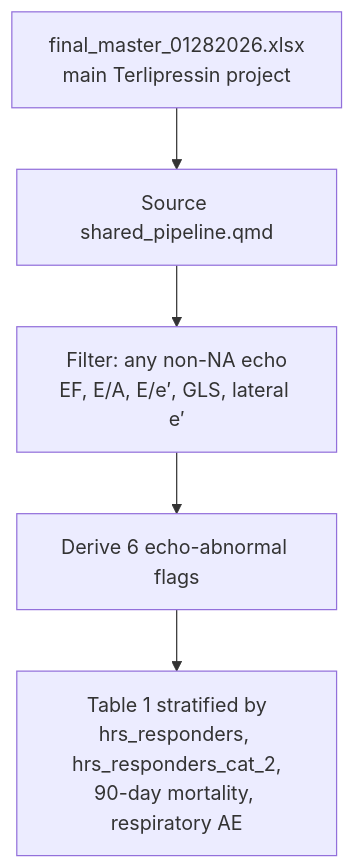
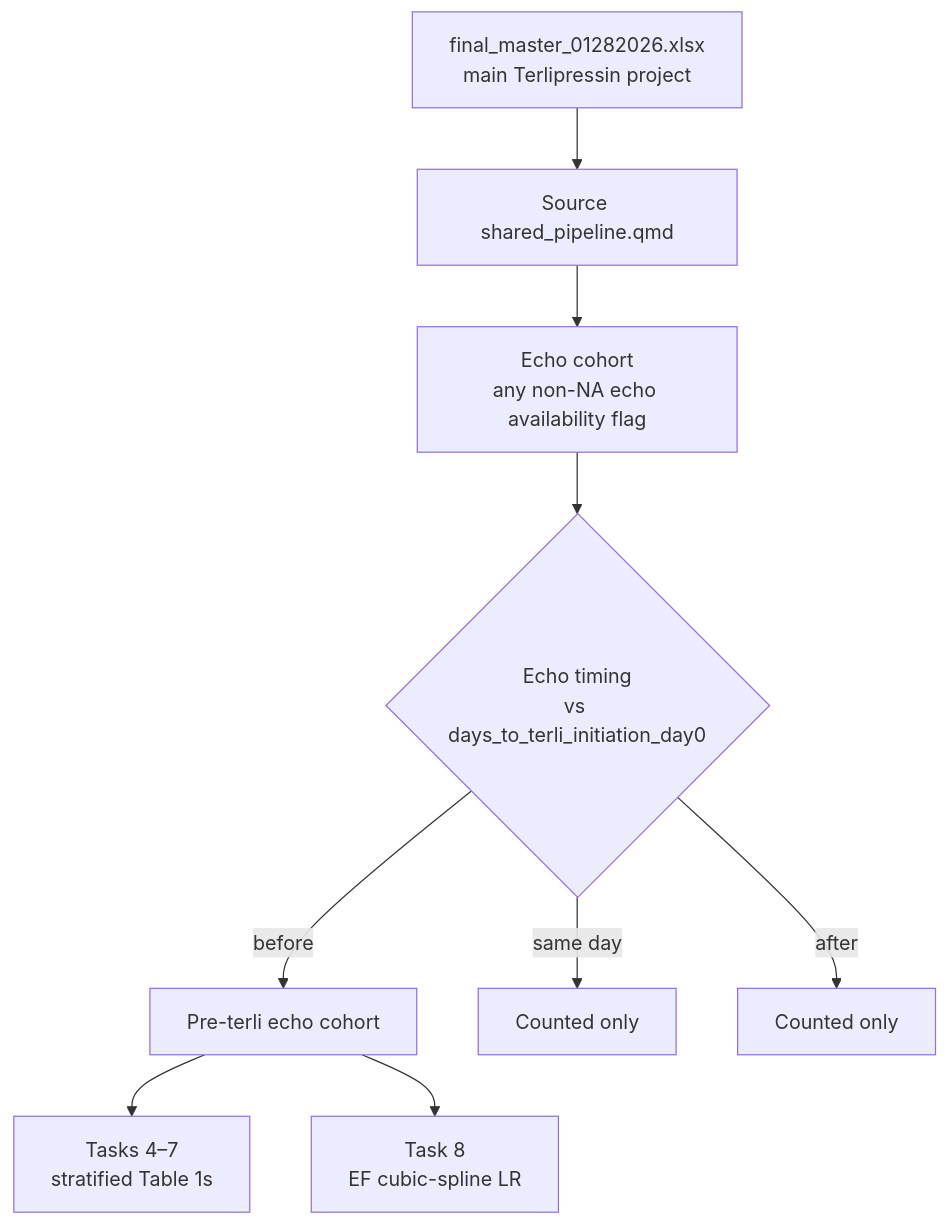
Before and after one commit to Tianqi-Ouyang/Terli-Cardio: the diagram in docs/index.qmd, drawn with Mermaid. The commit also changed other lines of this file and 9 other files, not shown here.

First line of the commit message:
Implement 04/28/2026 echo data request (8 tasks)

````diff
--- a/docs/index.qmd
+++ b/docs/index.qmd
@@ -47,7 +39,11 @@
 ```{mermaid}
 flowchart TD
     A[final_master_01282026.xlsx<br/>main Terlipressin project] --> B[Source shared_pipeline.qmd]
-    B --> C[Filter: any non-NA echo<br/>EF, E/A, E/e′, GLS, lateral e′]
-    C --> D[Derive 6 echo-abnormal flags]
-    D --> E[Table 1 stratified by<br/>hrs_responders, hrs_responders_cat_2,<br/>90-day mortality, respiratory AE]
+    B --> C[Echo cohort<br/>any non-NA echo availability flag]
+    C --> D{Echo timing<br/>vs days_to_terli_initiation_day0}
+    D -- before --> E[Pre-terli echo cohort]
+    D -- same day --> F[Counted only]
+    D -- after --> G[Counted only]
+    E --> H[Tasks 4–7<br/>stratified Table 1s]
+    E --> I[Task 8<br/>EF cubic-spline LR]
 ```
````
